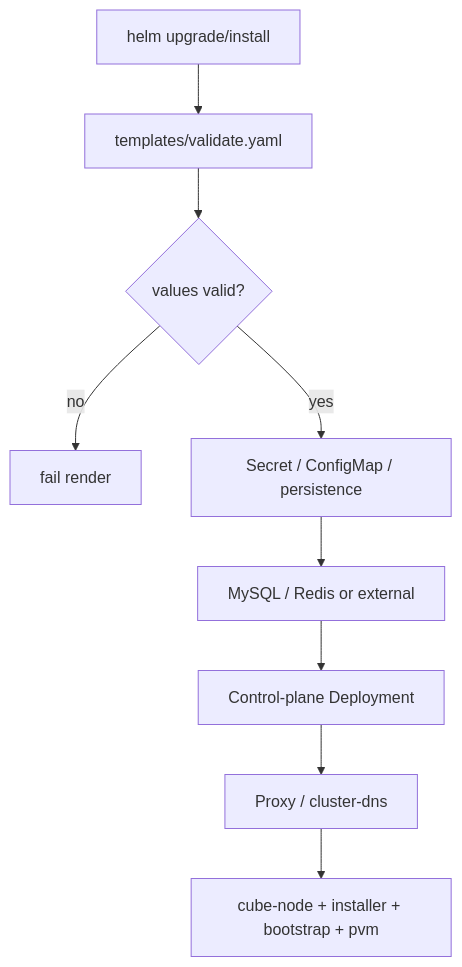
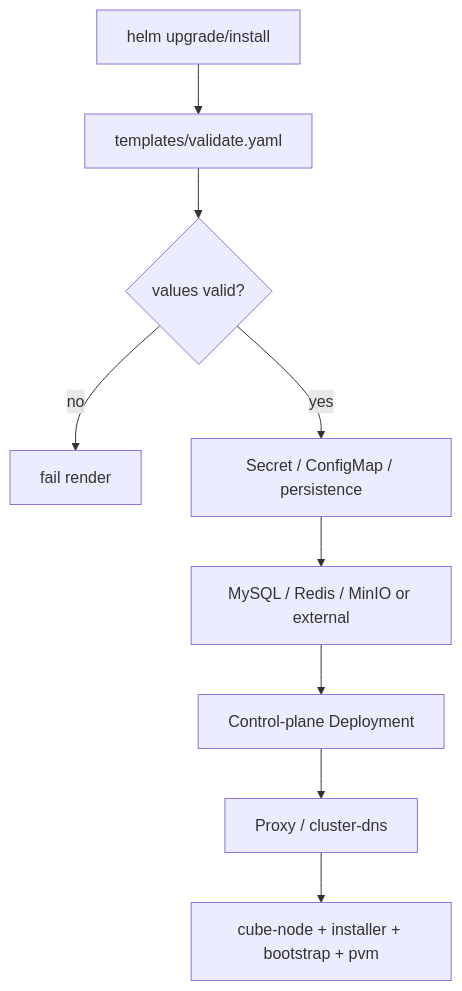
The third of 9 diagrams in docs/guide/kubernetes/architecture.md (TencentCloud/CubeSandbox), drawn with Mermaid before and after one commit. The commit also changed other lines of this file and 66 other files, not shown here.

````diff
--- a/docs/guide/kubernetes/architecture.md
+++ b/docs/guide/kubernetes/architecture.md
@@ -216,11 +222,11 @@
 ```mermaid
 flowchart TD
   A["helm upgrade/install"] --> B["templates/validate.yaml"]
   B --> C{"values valid?"}
   C -- no --> X["fail render"]
   C -- yes --> D["Secret / ConfigMap / persistence"]
-  D --> E["MySQL / Redis or external"]
+  D --> E["MySQL / Redis / MinIO or external"]
   E --> F["Control-plane Deployment"]
   F --> G["Proxy / cluster-dns"]
   G --> H["cube-node + installer + bootstrap + pvm"]
 ```
````
